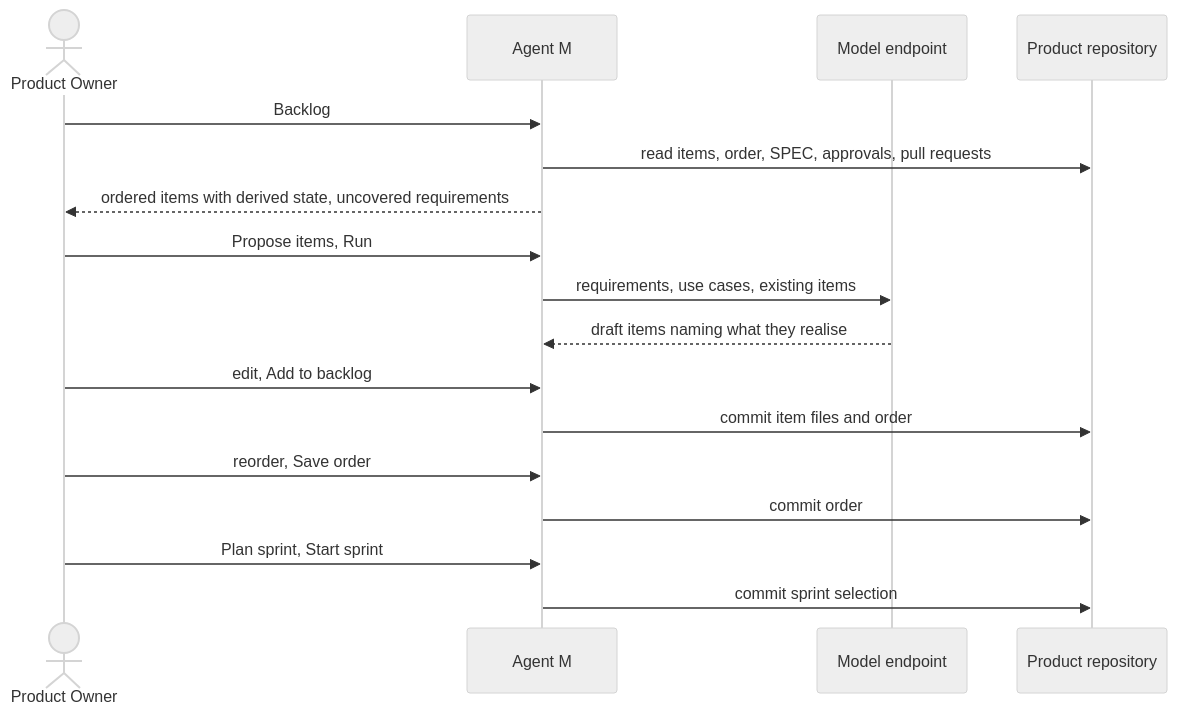
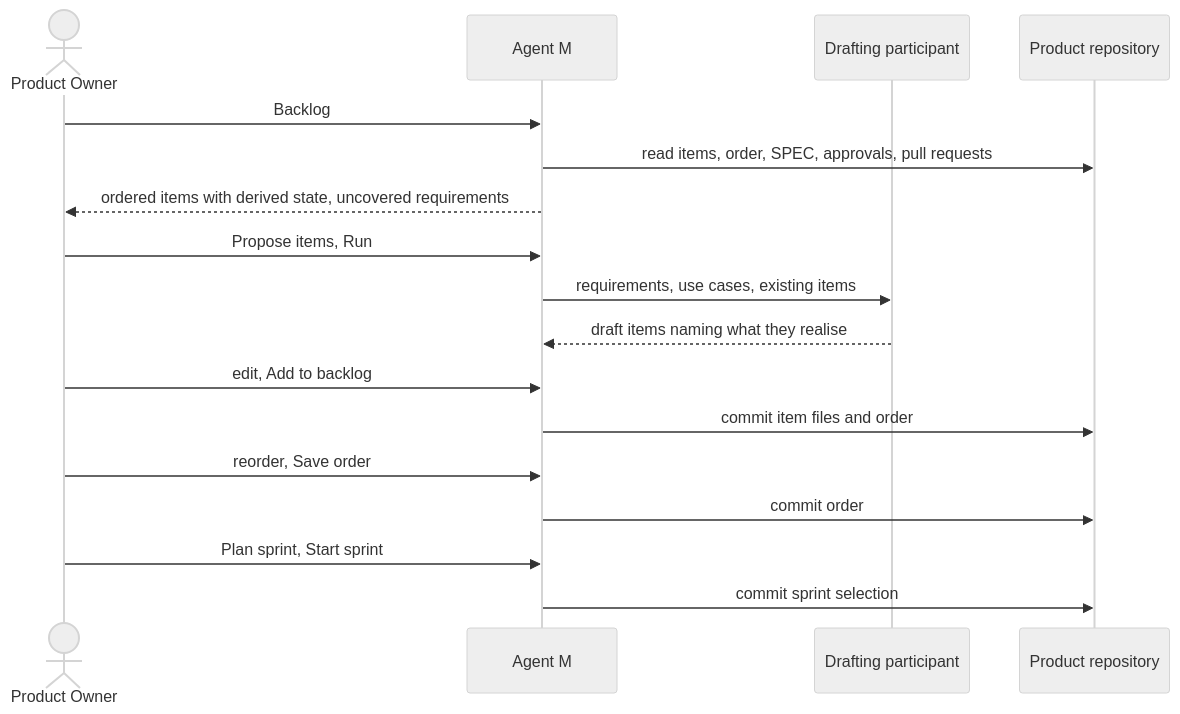
The diagram in docs/use-cases/UC-032-maintain-the-backlog.md (akmaier/agent-m), drawn with Mermaid (neutral theme) before and after one commit. The commit also changed other lines of this file and 6 other files, not shown here.

````diff
--- a/docs/use-cases/UC-032-maintain-the-backlog.md
+++ b/docs/use-cases/UC-032-maintain-the-backlog.md
@@ -78,19 +79,19 @@
 ```mermaid
 sequenceDiagram
     actor O as Product Owner
     participant M as Agent M
-    participant E as Model endpoint
+    participant E as Drafting participant
     participant G as Product repository
     O->>M: Backlog
     M->>G: read items, order, SPEC, approvals, pull requests
     M-->>O: ordered items with derived state, uncovered requirements
     O->>M: Propose items, Run
     M->>E: requirements, use cases, existing items
     E-->>M: draft items naming what they realise
     O->>M: edit, Add to backlog
     M->>G: commit item files and order
     O->>M: reorder, Save order
     M->>G: commit order
     O->>M: Plan sprint, Start sprint
     M->>G: commit sprint selection
 ```
````
